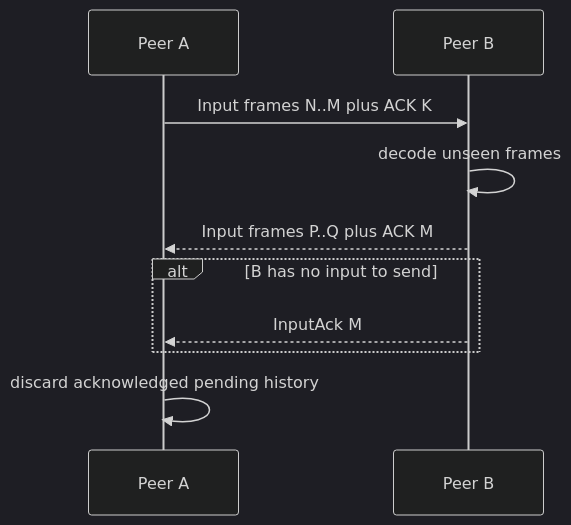
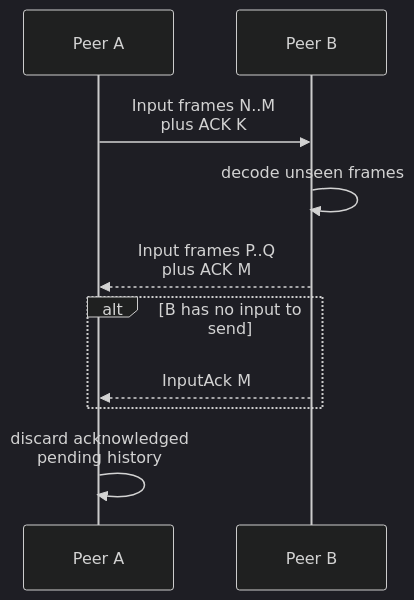
One commit to irregularthanis/ggpo-next changed the third of 3 diagrams in doc/architecture/Networking.md. Above: the diagram before and after it, drawn with Mermaid (dark theme). The commit also changed other lines of this file and 9 other files, not shown here.

Commit message:
docs: wrap Mermaid diagram labels

````diff
--- a/doc/architecture/Networking.md
+++ b/doc/architecture/Networking.md
@@ -104,13 +104,13 @@
 ```mermaid
 sequenceDiagram
     participant A as Peer A
     participant B as Peer B
 
-    A->>B: Input frames N..M plus ACK K
+    A->>B: Input frames N..M<br/>plus ACK K
     B->>B: decode unseen frames
-    B-->>A: Input frames P..Q plus ACK M
+    B-->>A: Input frames P..Q<br/>plus ACK M
     alt B has no input to send
         B-->>A: InputAck M
     end
-    A->>A: discard acknowledged pending history
+    A->>A: discard acknowledged<br/>pending history
 ```
````
